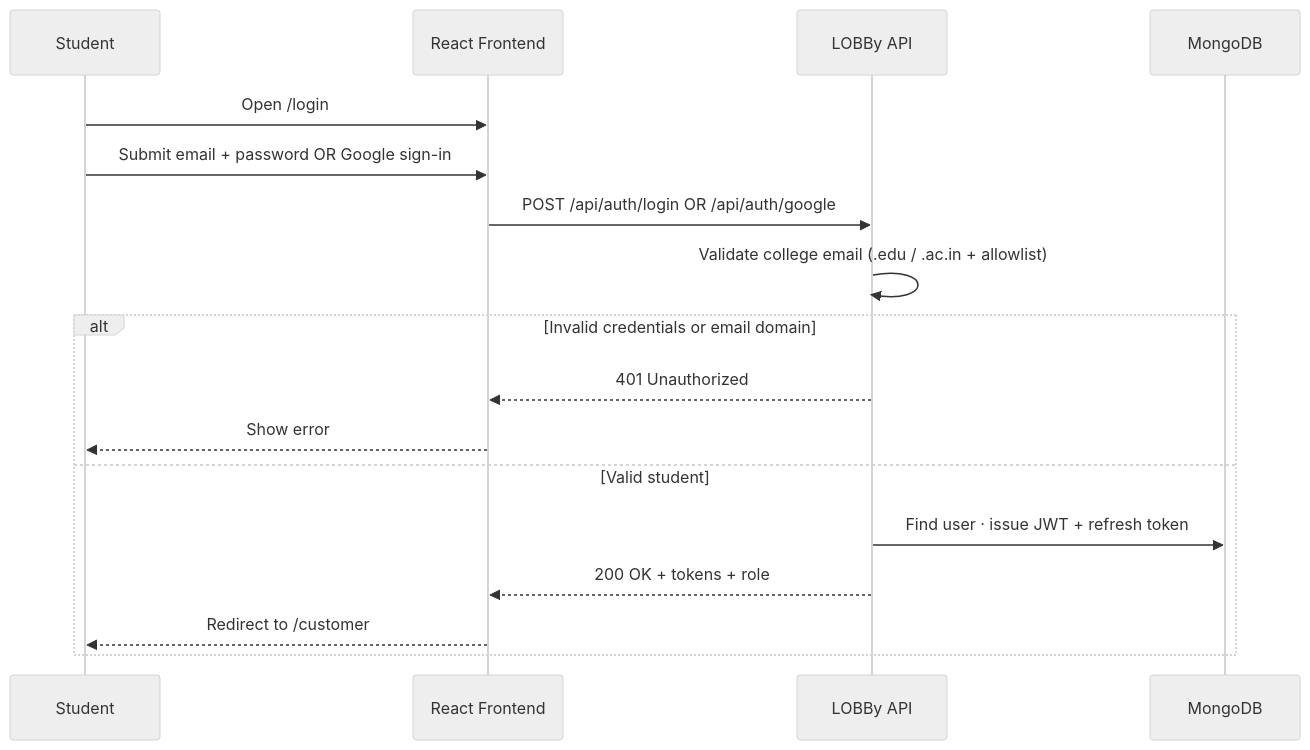
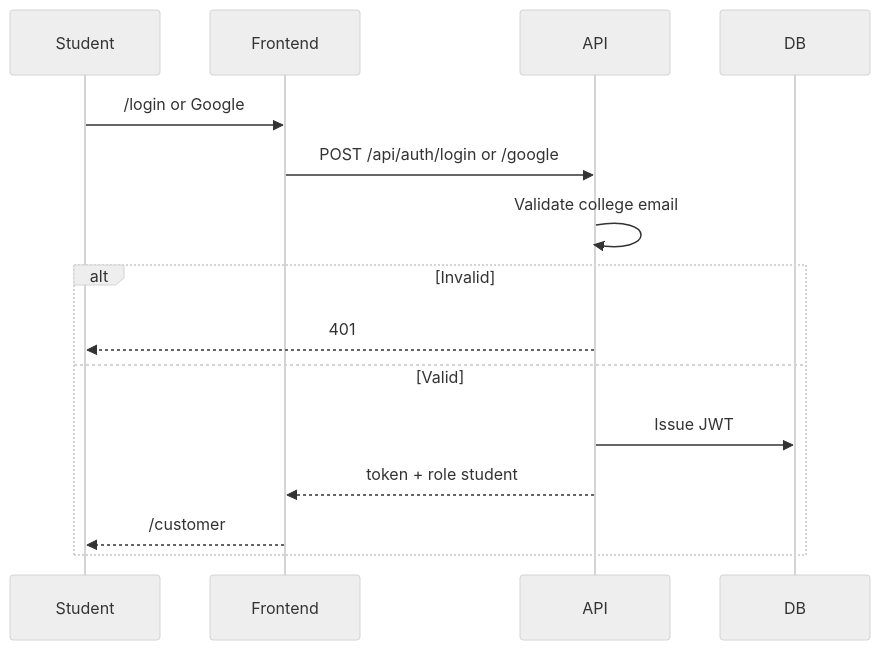
One commit to Jinanshi9460/Lobby changed the third of 5 diagrams in README.md. Above: the diagram before and after it, drawn with Mermaid (neutral theme). The commit also changed other lines of this file and 25 other files, not shown here.

````diff
--- a/README.md
+++ b/README.md
@@ -84,23 +152,18 @@
 ```mermaid
 sequenceDiagram
     participant Student
-    participant Frontend as React Frontend
-    participant API as LOBBy API
-    participant DB as MongoDB
+    participant Frontend
+    participant API
+    participant DB
 
-    Student->>Frontend: Open /login
-    Student->>Frontend: Submit email + password OR Google sign-in
-
-    Frontend->>API: POST /api/auth/login OR /api/auth/google
-
-    API->>API: Validate college email (.edu / .ac.in + allowlist)
-
-    alt Invalid credentials or email domain
-        API-->>Frontend: 401 Unauthorized
-        Frontend-->>Student: Show error
-    else Valid student
-        API->>DB: Find user · issue JWT + refresh token
-        API-->>Frontend: 200 OK + tokens + role
-        Frontend-->>Student: Redirect to /customer
+    Student->>Frontend: /login or Google
+    Frontend->>API: POST /api/auth/login or /google
+    API->>API: Validate college email
+    alt Invalid
+        API-->>Student: 401
+    else Valid
+        API->>DB: Issue JWT
+        API-->>Frontend: token + role student
+        Frontend-->>Student: /customer
     end
 ```
````
